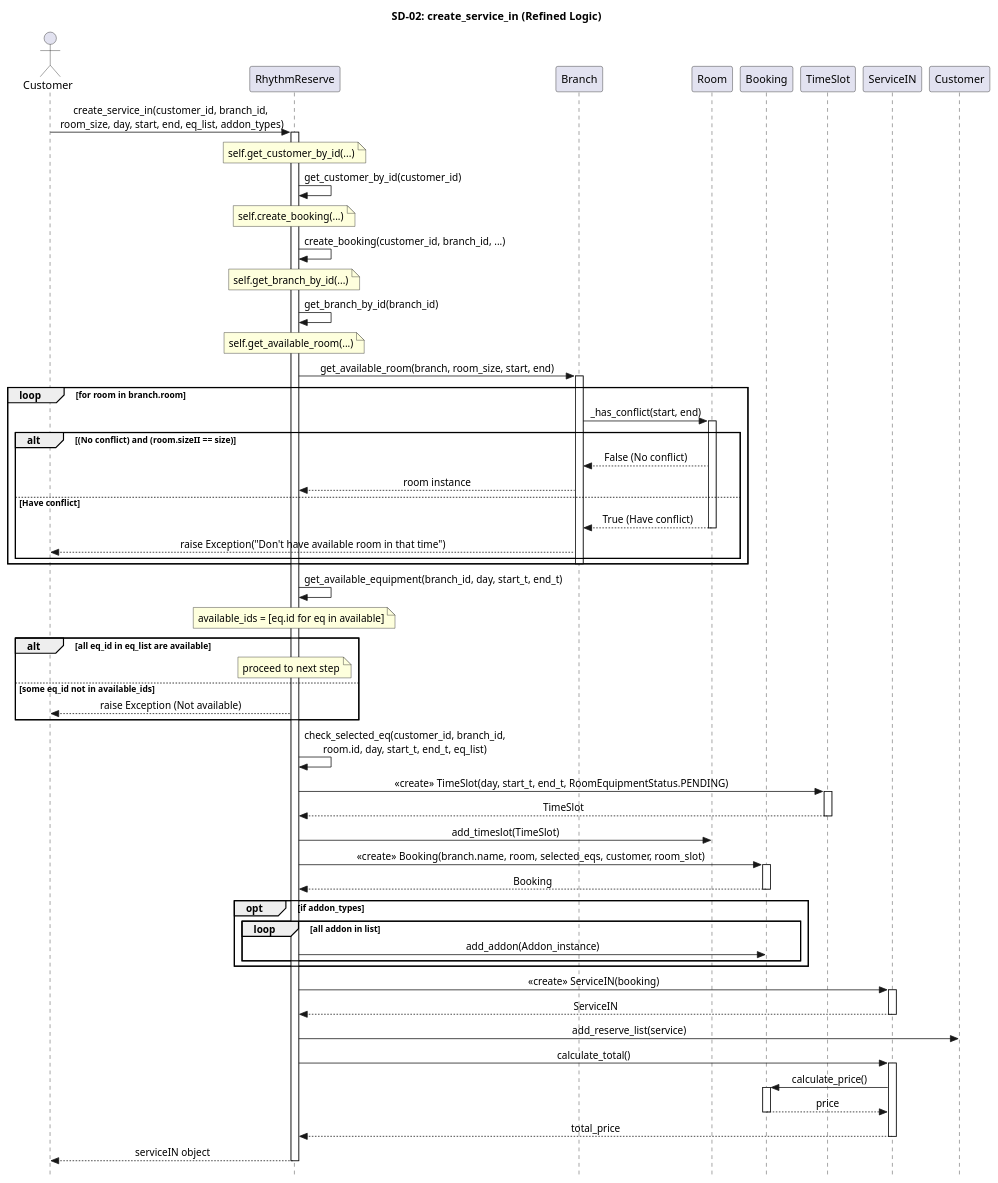
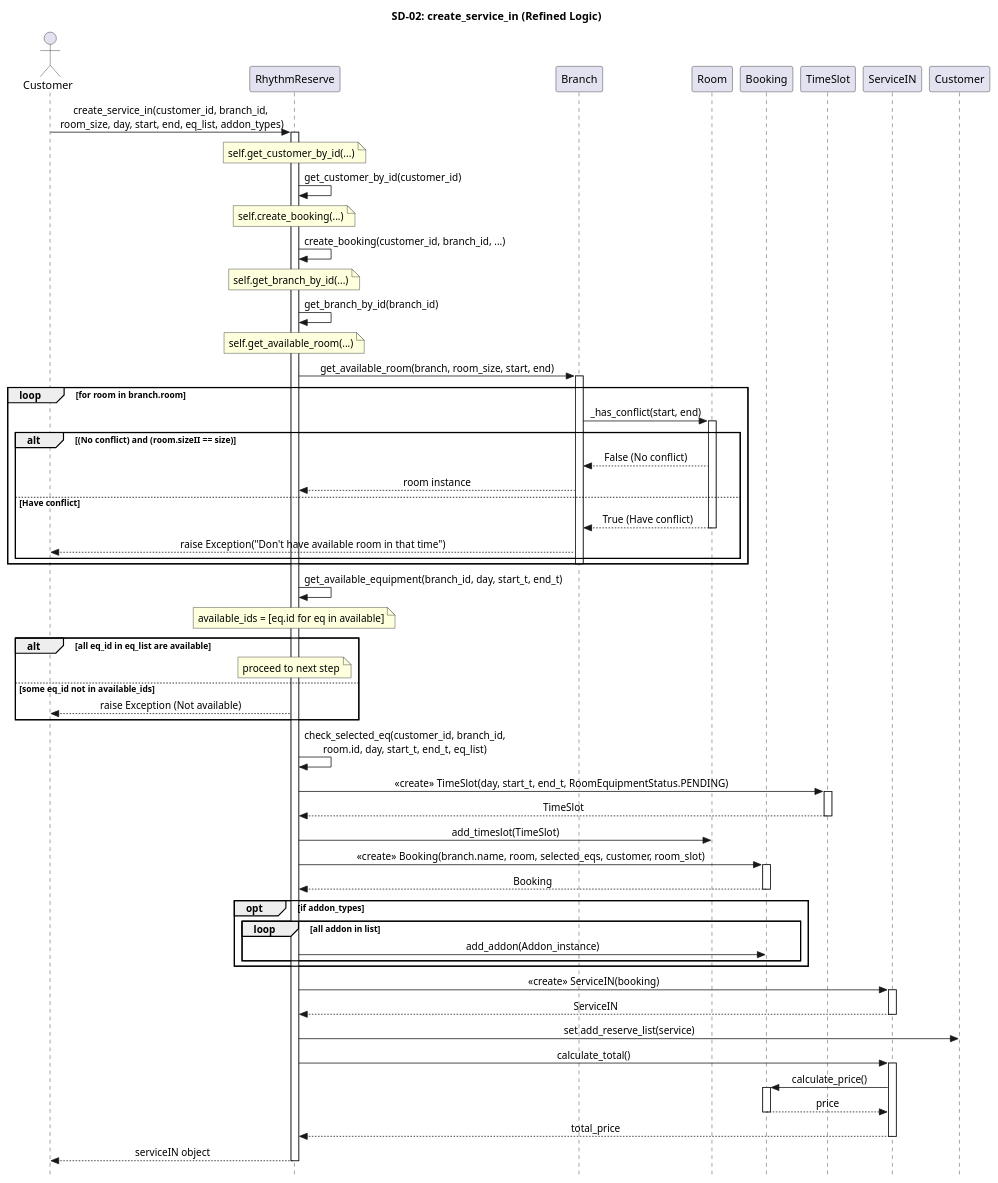
One commit to pjngth998/RhythmReserve changed the diagram in diagram/sequence_diagram/9final_sequence/ss2_2.puml. Above: the diagram before and after it, drawn with PlantUML. The commit also changed 1 other file, not shown here.

```diff
--- a/diagram/sequence_diagram/9final_sequence/ss2_2.puml
+++ b/diagram/sequence_diagram/9final_sequence/ss2_2.puml
@@ -1,101 +1,101 @@
 @startuml
 title SD-02: create_service_in (Refined Logic)
 
 skinparam Style strictuml
 skinparam sequence {
     MessageAlignment center
 }
 
 actor Customer as C
 participant "RhythmReserve" as RR
 participant "Branch" as BR
 participant "Room" as RM
 participant "Booking" as BK
 participant "TimeSlot" as TS
 participant "ServiceIN" as SIN
 participant "Customer" as CUS
 
 C -> RR : create_service_in(customer_id, branch_id,\n room_size, day, start, end, eq_list, addon_types)
 activate RR
 Note over RR: self.get_customer_by_id(...)
 RR -> RR : get_customer_by_id(customer_id)
     '--- Internal Call: create_booking ---
 Note over RR: self.create_booking(...)
 RR -> RR : create_booking(customer_id, branch_id, ...)
 Note over RR: self.get_branch_by_id(...)
 RR -> RR : get_branch_by_id(branch_id)
 
 ' เรียกผ่าน branch object
 Note over RR: self.get_available_room(...)
 RR -> BR : get_available_room(branch, room_size, start, end)
 activate BR
 loop for room in branch.room
      BR -> RM : _has_conflict(start, end)
      activate RM
      alt (No conflict) and (room.sizeII == size)
           RM --> BR : False (No conflict)
           BR --> RR : room instance
      else Have conflict
           RM --> BR : True (Have conflict)
           deactivate RM
           BR --> C : raise Exception("Don't have available room in that time")
      end
      deactivate BR
 end
 
 RR -> RR : get_available_equipment(branch_id, day, start_t, end_t)
 
 note over RR : available_ids = [eq.id for eq in available]
 
 alt all eq_id in eq_list are available
     note over RR : proceed to next step
 else some eq_id not in available_ids
     RR --> C : raise Exception (Not available)
 end
 
 RR -> RR : check_selected_eq(customer_id, branch_id,\nroom.id, day, start_t, end_t, eq_list)
 
 RR -> TS : <<create>> TimeSlot(day, start_t, end_t, RoomEquipmentStatus.PENDING)
 activate TS
 TS --> RR : TimeSlot
 deactivate TS
 ' สร้าง TimeSlot และเพิ่มลงใน Room
 RR -> RM : add_timeslot(TimeSlot)
 ' RM -> RM : self.__timeslot.append(new_timeslot)
 
 '--- สร้าง Booking Object ---
 RR -> BK : <<create>> Booking(branch.name, room, selected_eqs, customer, room_slot)
 activate BK
 BK --> RR : Booking
 deactivate BK
 
 opt if addon_types
      loop all addon in list
           RR -> BK : add_addon(Addon_instance)
      end
 end
 
 ' RR -->> RR : booking instance
 '     deactivate RR
 
     '--- กลับมาที่ create_service_in ---
     RR -> SIN : <<create>> ServiceIN(booking)
     activate SIN
     SIN --> RR : ServiceIN
     deactivate SIN
     
-    RR -> CUS : add_reserve_list(service)
+    RR -> CUS : set add_reserve_list(service)
     
     RR -> SIN : calculate_total()
     activate SIN
         SIN -> BK : calculate_price()
         activate BK
         BK --> SIN : price
         deactivate BK
         SIN --> RR : total_price
     deactivate SIN
 
 RR --> C : serviceIN object
 deactivate RR
 
 @enduml
```
